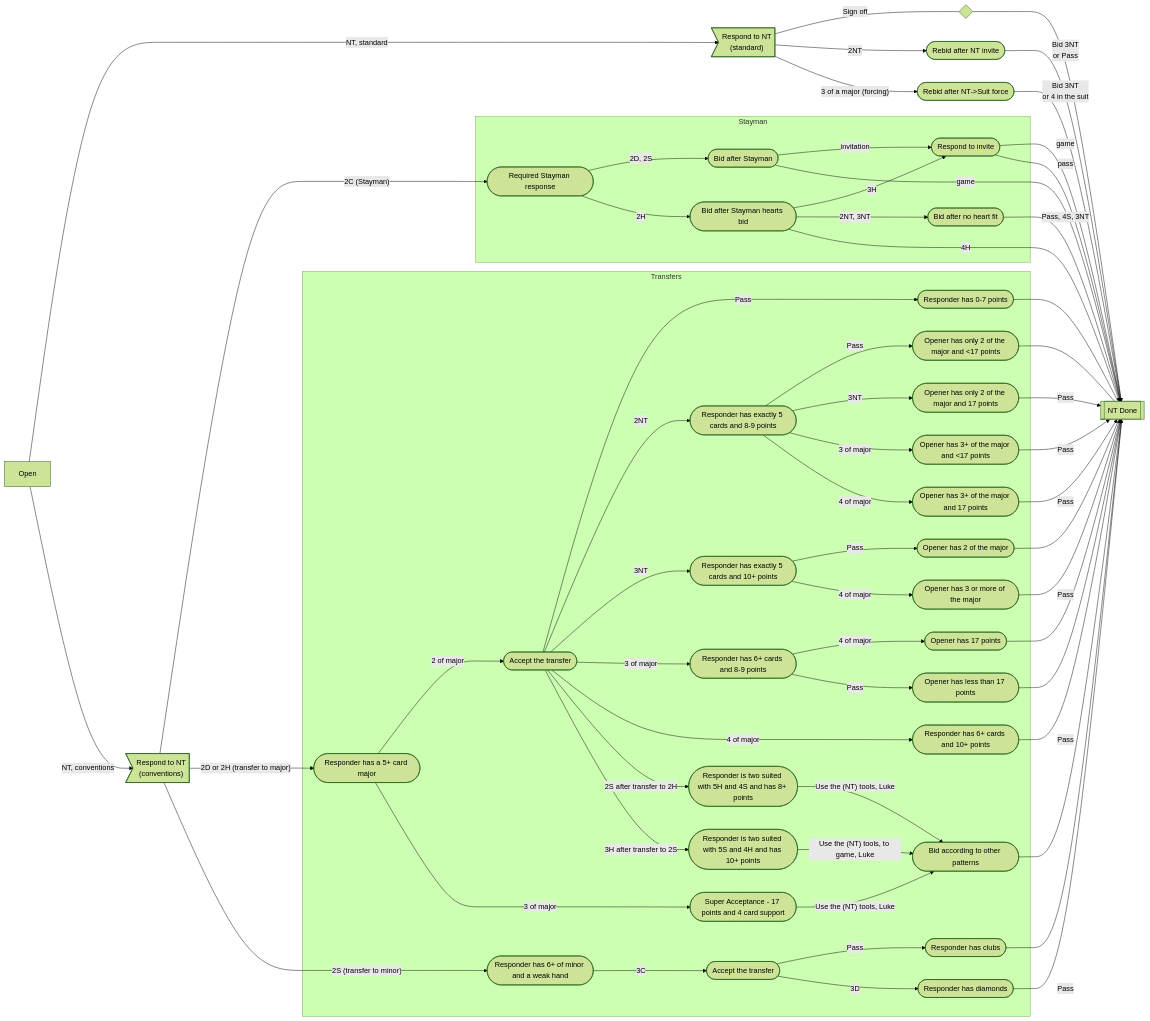
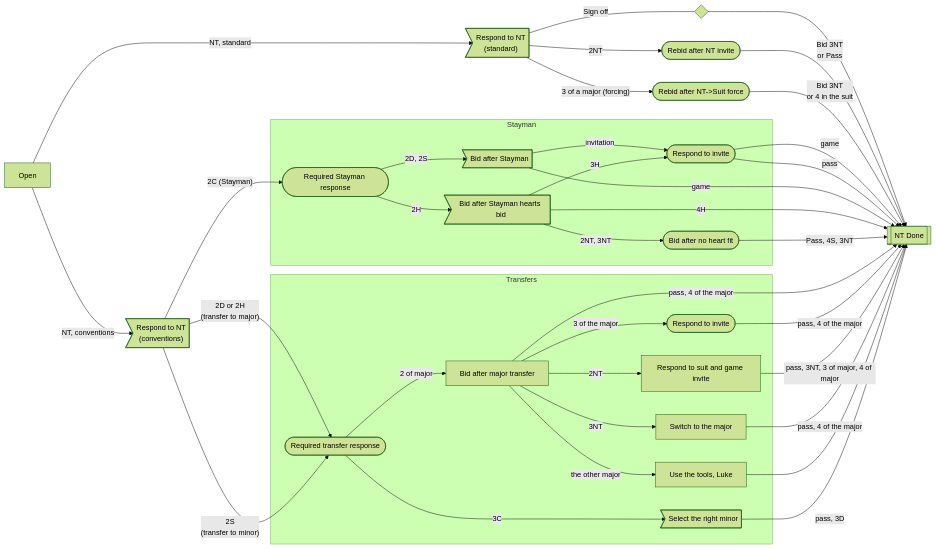
One commit to truist/bridge_bidding changed the diagram in transfers.mmd. Above: the diagram before and after it, drawn with Mermaid (forest theme). The commit also changed 1 other file, not shown here.

```diff
--- a/transfers.mmd
+++ b/transfers.mmd
@@ -1,82 +1,48 @@
 flowchart LR
   Open[Open]
     Open -->|NT, standard| NTStandard>"Respond to NT\n(standard)"]
     Open -->|NT, conventions| NTConventions>"Respond to NT\n(conventions)"]
 
     NTStandard ---|"Sign off"| Spacer1{" "}
       Spacer1 --> NTDone[["NT Done"]]
     NTStandard -->|"2NT"| NTInvitational([Rebid after NT invite])
       NTInvitational -->|Bid 3NT\nor Pass| NTDone
     NTStandard -->|"3 of a major (forcing)"| NTForcing([Rebid after NT->Suit force])
       NTForcing -->|Bid 3NT\nor 4 in the suit| NTDone
 
     NTConventions -->|"2C (Stayman)"| Stayman([Required Stayman response])
 
-  subgraph StaymanGraph2 [Stayman]
-      Stayman -->|2D, 2S| StaymanNextBidSimple([Bid after Stayman])
+  subgraph StaymanGraph [Stayman]
+      Stayman -->|2D, 2S| StaymanNextBidSimple>Bid after Stayman]
         StaymanNextBidSimple -->|invitation| StaymanInviteRespond([Respond to invite])
-      Stayman -->|2H| StaymanNextBidHearts([Bid after Stayman hearts bid])
+      Stayman -->|2H| StaymanNextBidHearts>Bid after Stayman hearts bid]
         StaymanNextBidHearts -->|3H| StaymanInviteRespond
         StaymanNextBidHearts -->|2NT, 3NT| StaymanNoHeartFit([Bid after no heart fit])
   end
           StaymanInviteRespond -->|game| NTDone
           StaymanInviteRespond -->|pass| NTDone
         StaymanNextBidSimple -->|game| NTDone
         StaymanNextBidHearts -->|4H| NTDone
           StaymanNoHeartFit -->|Pass, 4S, 3NT| NTDone
 
 
 
-    NTConventions -->|"2D or 2H (transfer to major)"| TransferMajor([Responder has a 5+ card major])
-    NTConventions -->|"2S (transfer to minor)"| TransferMinor([Responder has 6+ of minor and a weak hand])
+    NTConventions -->|"2D or 2H\n(transfer to major)"| TransferResponse([Required transfer response])
+    NTConventions -->|"2S\n(transfer to minor)"| TransferResponse
+
   subgraph Transfer [Transfers]
-      TransferMajor -->|2 of major| AfterMajorTransfer([Accept the transfer])
-        AfterMajorTransfer -->|Pass| LowPoints([Responder has 0-7 points])
+      TransferResponse -->|2 of major| TransferBid[Bid after major transfer]
+        TransferBid -->|3 of the major| TransferInvite([Respond to invite])
+        TransferBid -->|2NT| TransferSuitAndGameInvite[Respond to suit and game invite]
 
-        AfterMajorTransfer -->|2NT| FiveCardMajorLowPoints([Responder has exactly 5 cards and 8-9 points])
-          FiveCardMajorLowPoints -->|Pass| TwoOfMajorLowPoints([Opener has only 2 of the major and <17 points])
-          FiveCardMajorLowPoints -->|3NT| TwoOfMajorHighPoints([Opener has only 2 of the major and 17 points])
-          FiveCardMajorLowPoints -->|3 of major| ThreeOfMajorLowPoints([Opener has 3+ of the major and <17 points])
-          FiveCardMajorLowPoints -->|4 of major| FourOfMajorHighPoints([Opener has 3+ of the major and 17 points])
+        TransferBid -->|3NT| TransferSwitchToMajor[Switch to the major]
+        TransferBid -->|the other major| Tools[Use the tools, Luke]
 
-
-        AfterMajorTransfer -->|3NT| FiveCardMajorHighPoints([Responder has exactly 5 cards and 10+ points])
-          FiveCardMajorHighPoints -->|Pass| OnlyTwo([Opener has 2 of the major])
-          FiveCardMajorHighPoints -->|4 of major| ThreeOrMore([Opener has 3 or more of the major])
-
-        AfterMajorTransfer -->|3 of major| SixCardMajorLowPoints([Responder has 6+ cards and 8-9 points])
-          SixCardMajorLowPoints -->|4 of major| Has17([Opener has 17 points])
-          SixCardMajorLowPoints -->|Pass| LessThan17([Opener has less than 17 points])
-
-        AfterMajorTransfer -->|4 of major| SixCardMajorHighPoints([Responder has 6+ cards and 10+ points])
-
-        AfterMajorTransfer -->|2S after transfer to 2H| HSTwoSuited([Responder is two suited with 5H and 4S and has 8+ points])
-          HSTwoSuited -->|"Use the (NT) tools, Luke"| Tools([Bid according to other patterns])
-
-        AfterMajorTransfer -->|3H after transfer to 2S| SHTwoSuited([Responder is two suited with 5S and 4H and has 10+ points])
-          SHTwoSuited -->|"Use the (NT) tools, to game, Luke"| Tools
-
-      TransferMajor -->|3 of major| SuperAcceptance([Super Acceptance - 17 points and 4 card support])
-        SuperAcceptance -->|"Use the (NT) tools, Luke"| Tools
-
-
-      TransferMinor -->|3C| AfterMinorTransfer([Accept the transfer])
-        AfterMinorTransfer -->|Pass| PreferClubs([Responder has clubs])
-        AfterMinorTransfer -->|3D| PreferDiamonds([Responder has diamonds])
+      TransferResponse -->|3C| TransferMinor>Select the right minor]
   end
-
-          LowPoints --- NTDone
-            TwoOfMajorLowPoints --- NTDone
-            TwoOfMajorHighPoints -->|Pass| NTDone
-            ThreeOfMajorLowPoints -->|Pass| NTDone
-            FourOfMajorHighPoints -->|Pass| NTDone
-            OnlyTwo --- NTDone
-            ThreeOrMore -->|Pass| NTDone
-            Has17 --- NTDone
-            LessThan17 --- NTDone
-          SixCardMajorHighPoints -->|Pass| NTDone
-
-          PreferClubs --- NTDone
-          PreferDiamonds -->|Pass| NTDone
-
-            Tools --- NTDone
+        TransferBid -->|pass, 4 of the major| NTDone
+          TransferInvite -->|pass, 4 of the major| NTDone
+          TransferSuitAndGameInvite -->|pass, 3NT, 3 of major, 4 of major| NTDone
+          TransferSwitchToMajor -->|pass, 4 of the major| NTDone
+          Tools --- NTDone
+        TransferMinor -->|pass, 3D| NTDone
```
